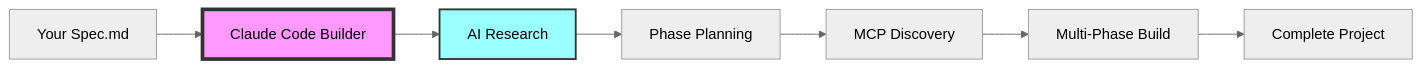
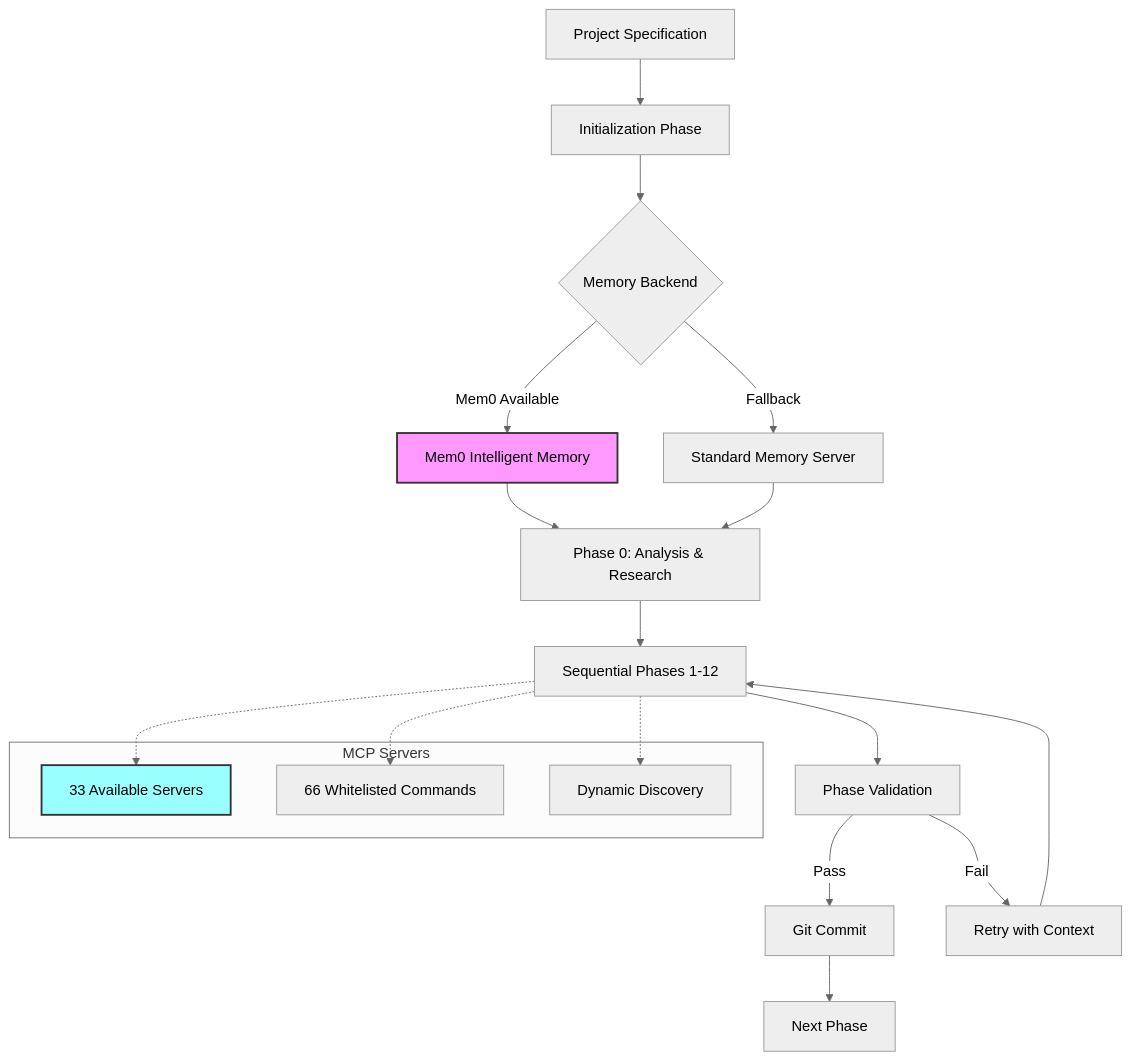
One commit to krzemienski/enhanced-claude-code changed the first of 2 diagrams in README.md. Above: the diagram before and after it, drawn with Mermaid (neutral theme). The commit also changed other lines of this file and 2 other files, not shown here.

````diff
--- a/README.md
+++ b/README.md
@@ -417,12 +35,32 @@
 ```mermaid
-graph LR
-    A[Your Spec.md] --> B[Claude Code Builder]
-    B --> C[AI Research]
-    C --> D[Phase Planning]
-    D --> E[MCP Discovery]
-    E --> F[Multi-Phase Build]
-    F --> G[Complete Project]
+graph TD
+    A[Project Specification] --> B[Initialization Phase]
+    B --> C{Memory Backend}
+    C -->|Mem0 Available| D[Mem0 Intelligent Memory]
+    C -->|Fallback| E[Standard Memory Server]
     
-    style B fill:#f9f,stroke:#333,stroke-width:4px
-    style C fill:#9ff,stroke:#333,stroke-width:2px
+    D --> F[Phase 0: Analysis & Research]
+    E --> F
+    
+    F --> G[Sequential Phases 1-12]
+    
+    G --> H[Phase Validation]
+    H -->|Pass| I[Git Commit]
+    H -->|Fail| J[Retry with Context]
+    
+    I --> K[Next Phase]
+    J --> G
+    
+    subgraph "MCP Servers"
+        L[33 Available Servers]
+        M[66 Whitelisted Commands]
+        N[Dynamic Discovery]
+    end
+    
+    G -.-> L
+    G -.-> M
+    G -.-> N
+    
+    style D fill:#f9f,stroke:#333,stroke-width:2px
+    style L fill:#9ff,stroke:#333,stroke-width:2px
 ```
````
